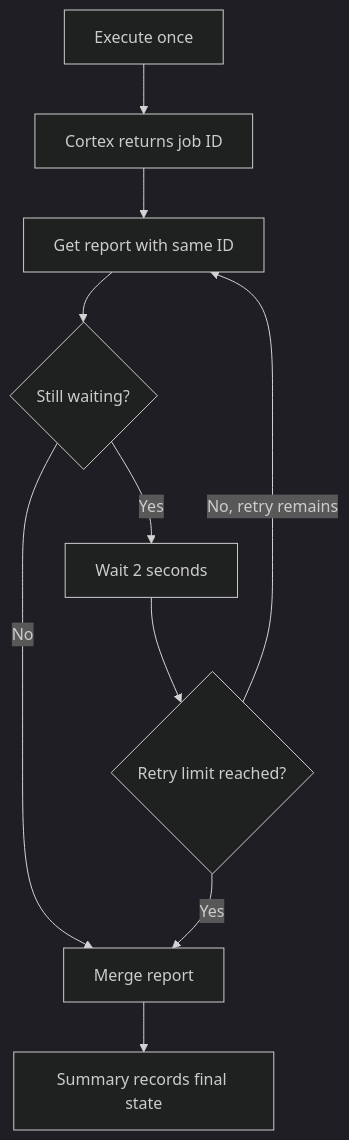
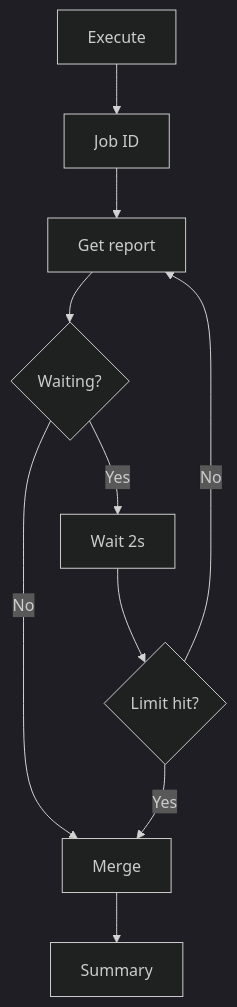
One commit to Solivagantaeon/soc-automation-lab changed the diagram in docs/runbooks/n8n-triage.md. Above: the diagram before and after it, drawn with Mermaid (dark theme). The commit also changed other lines of this file, not shown here.

Commit message:
Update analyzer flow n8n-triage.md v1.3 #69

````diff
--- a/docs/runbooks/n8n-triage.md
+++ b/docs/runbooks/n8n-triage.md
@@ -420,12 +420,12 @@
 ```mermaid
 flowchart TD
-    A["Execute once"] --> B["Cortex returns job ID"]
-    B --> C["Get report with same ID"]
-    C --> D{"Still waiting?"}
-    D -- "No" --> M["Merge report"]
-    D -- "Yes" --> W["Wait 2 seconds"]
-    W --> R{"Retry limit reached?"}
-    R -- "No, retry remains" --> C
+    A["Execute"] --> B["Job ID"]
+    B --> C["Get report"]
+    C --> D{"Waiting?"}
+    D -- "No" --> M["Merge"]
+    D -- "Yes" --> W["Wait 2s"]
+    W --> R{"Limit hit?"}
+    R -- "No" --> C
     R -- "Yes" --> M
-    M --> S["Summary records final state"]
+    M --> S["Summary"]
 ```
````
